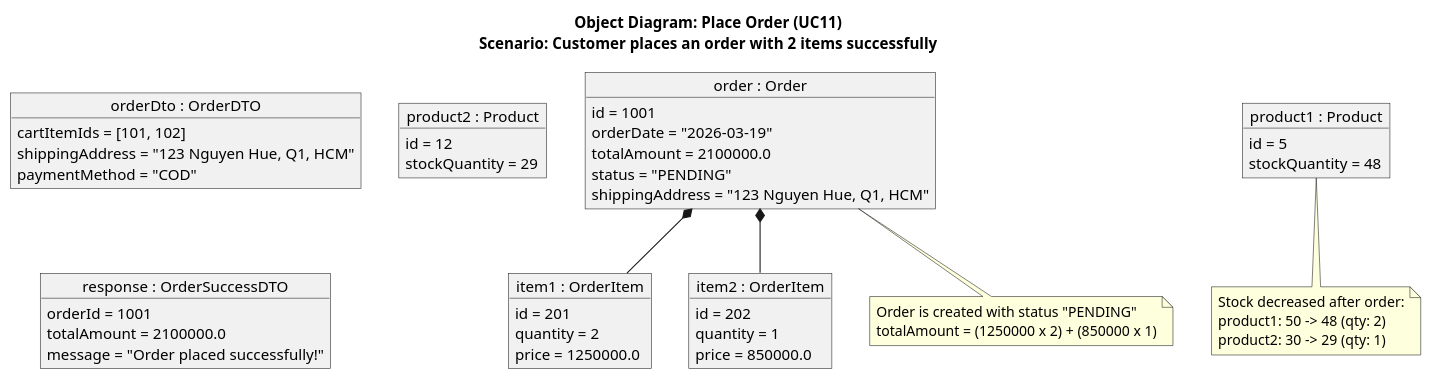
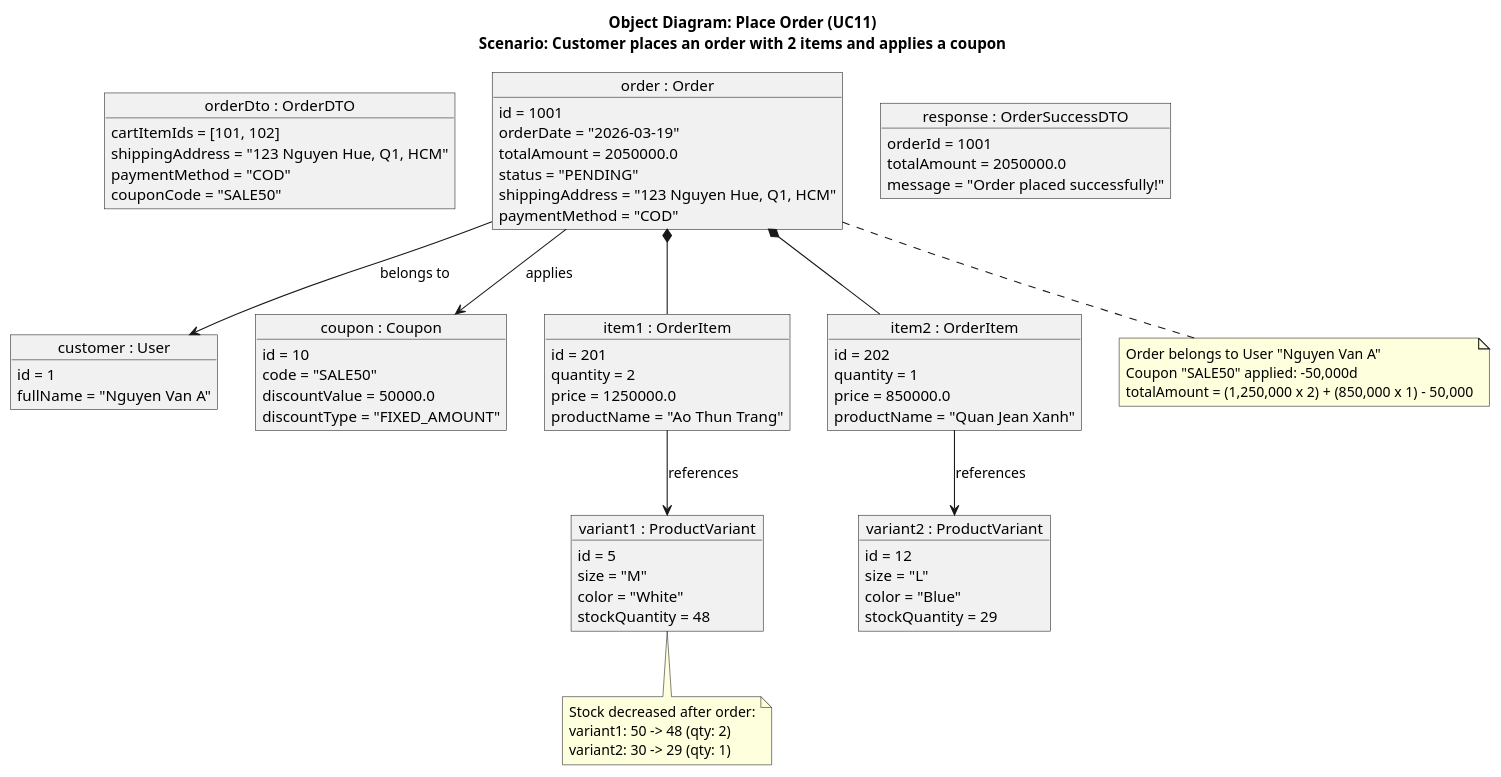
One commit to Peterdir/fashion-store-system changed the diagram in src/main/java/org/example/fashionstoresystem/uml/Object/OD11_PlaceOrder.puml. Above: the diagram before and after it, drawn with PlantUML. The commit also changed 10 other files, not shown here.

```diff
--- a/src/main/java/org/example/fashionstoresystem/uml/Object/OD11_PlaceOrder.puml
+++ b/src/main/java/org/example/fashionstoresystem/uml/Object/OD11_PlaceOrder.puml
@@ -1,66 +1,93 @@
 @startuml
-title Object Diagram: Place Order (UC11)\nScenario: Customer places an order with 2 items successfully
+title Object Diagram: Place Order (UC11)\nScenario: Customer places an order with 2 items and applies a coupon
 
 ' DTO - Data sent from checkout form
 object "orderDto : OrderDTO" as dto {
     cartItemIds = [101, 102]
     shippingAddress = "123 Nguyen Hue, Q1, HCM"
     paymentMethod = "COD"
+    couponCode = "SALE50"
+}
+
+' Entity - User
+object "customer : User" as user {
+    id = 1
+    fullName = "Nguyen Van A"
+}
+
+' Entity - Coupon applied
+object "coupon : Coupon" as coupon {
+    id = 10
+    code = "SALE50"
+    discountValue = 50000.0
+    discountType = "FIXED_AMOUNT"
 }
 
 ' Entity - Order created
 object "order : Order" as order {
     id = 1001
     orderDate = "2026-03-19"
-    totalAmount = 2100000.0
+    totalAmount = 2050000.0
     status = "PENDING"
     shippingAddress = "123 Nguyen Hue, Q1, HCM"
+    paymentMethod = "COD"
 }
 
 ' Entity - Order Items
 object "item1 : OrderItem" as item1 {
     id = 201
     quantity = 2
     price = 1250000.0
+    productName = "Ao Thun Trang"
 }
 
 object "item2 : OrderItem" as item2 {
     id = 202
     quantity = 1
     price = 850000.0
+    productName = "Quan Jean Xanh"
 }
 
-' Entity - Products (stock updated)
-object "product1 : Product" as p1 {
+' Entity - ProductVariants (stock updated)
+object "variant1 : ProductVariant" as v1 {
     id = 5
+    size = "M"
+    color = "White"
     stockQuantity = 48
 }
 
-object "product2 : Product" as p2 {
+object "variant2 : ProductVariant" as v2 {
     id = 12
+    size = "L"
+    color = "Blue"
     stockQuantity = 29
 }
 
 ' Response DTO
 object "response : OrderSuccessDTO" as res {
     orderId = 1001
-    totalAmount = 2100000.0
+    totalAmount = 2050000.0
     message = "Order placed successfully!"
 }
 
-' Structural relationships (Order contains OrderItems)
+' Structural relationships
 order *-- item1
 order *-- item2
+order --> user : belongs to
+order --> coupon : applies
+item1 --> v1 : references
+item2 --> v2 : references
 
 note bottom of order
-    Order is created with status "PENDING"
-    totalAmount = (1250000 x 2) + (850000 x 1)
+    Order belongs to User "Nguyen Van A"
+    Coupon "SALE50" applied: -50,000d
+    totalAmount = (1,250,000 x 2) + (850,000 x 1) - 50,000
 end note
 
-note bottom of p1
+note bottom of v1
     Stock decreased after order:
-    product1: 50 -> 48 (qty: 2)
-    product2: 30 -> 29 (qty: 1)
+    variant1: 50 -> 48 (qty: 2)
+    variant2: 30 -> 29 (qty: 1)
 end note
 
 @enduml
```
